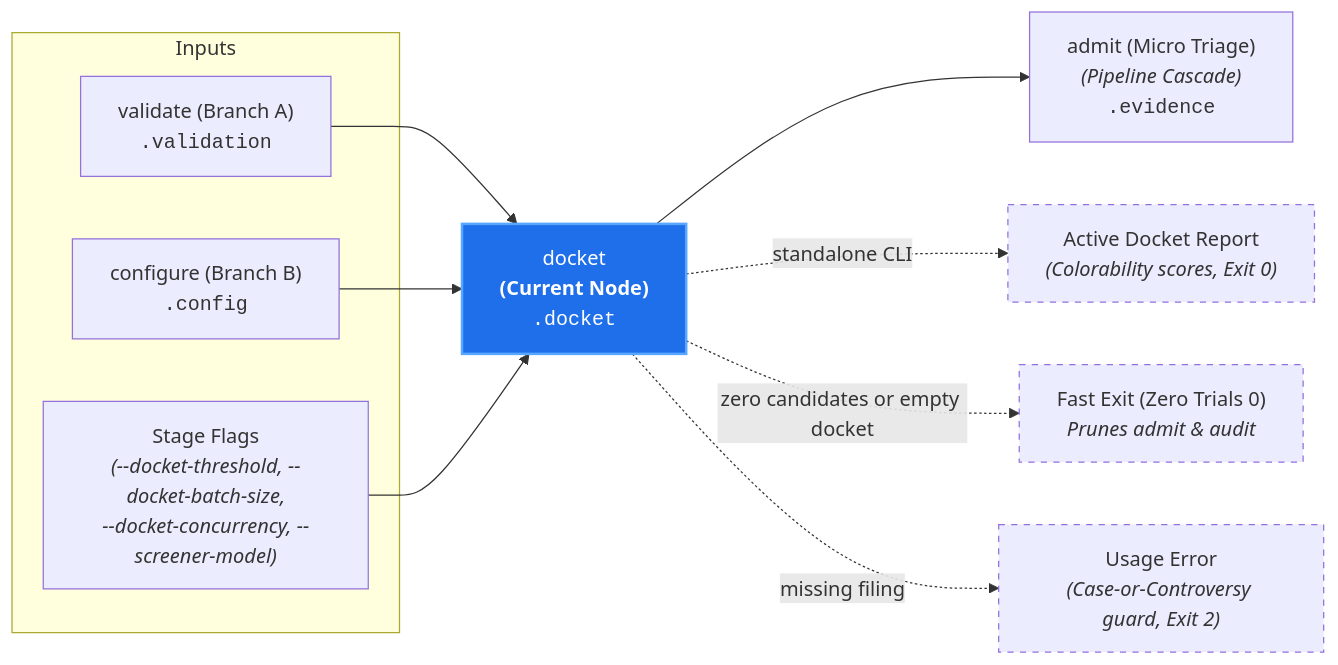
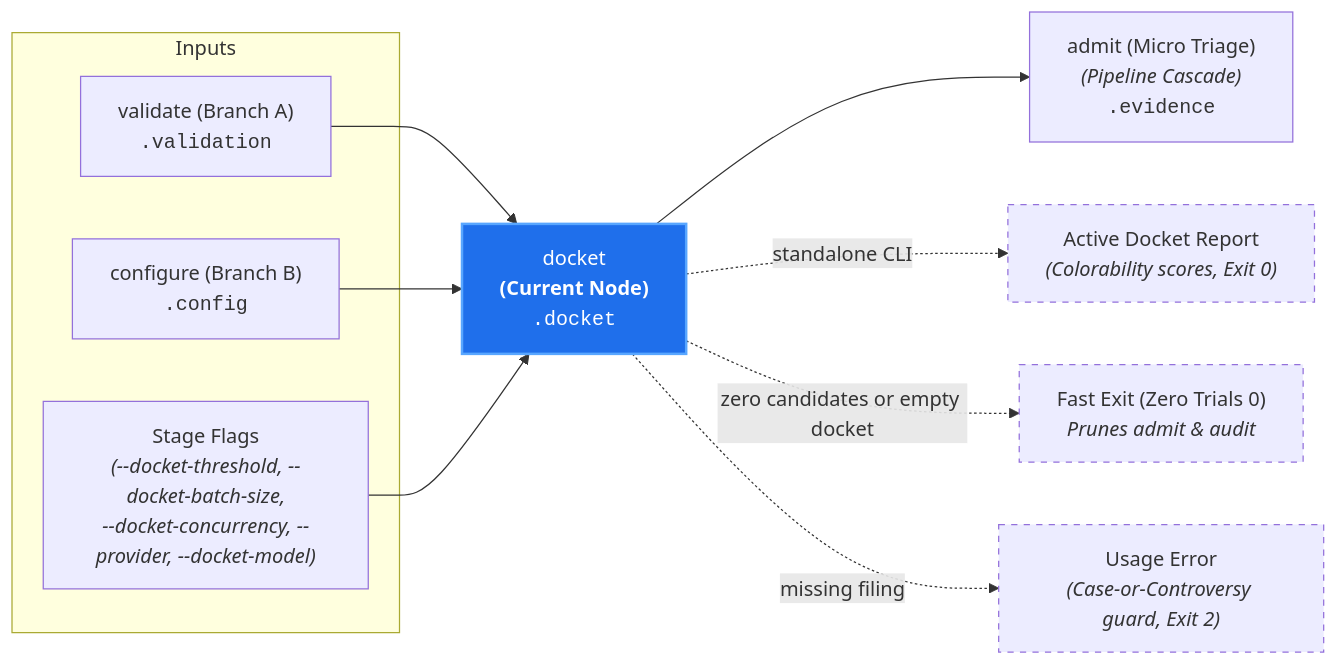
The diagram in docs/architecture/nodes/docket.md (PAIR-code/canon-clerk), drawn with Mermaid before and after one commit. The commit also changed other lines of this file and 82 other files, not shown here.

First line of the commit message:
feat(configuration,core,cli)!: replace screener/auditor tiers with provider- and node-cascaded model configuration (#336) (#337)

````diff
--- a/docs/architecture/nodes/docket.md
+++ b/docs/architecture/nodes/docket.md
@@ -22,22 +22,22 @@
 ```mermaid
 flowchart LR
     subgraph Inputs["Inputs"]
         Validate["validate (Branch A)<br/><code>.validation</code>"]
         Config["configure (Branch B)<br/><code>.config</code>"]
-        Params["Stage Flags<br/><i>(--docket-threshold, --docket-batch-size,<br/>--docket-concurrency, --screener-model)</i>"]
+        Params["Stage Flags<br/><i>(--docket-threshold, --docket-batch-size,<br/>--docket-concurrency, --provider, --docket-model)</i>"]
     end
 
     Validate --> Docket["docket<br/><b>(Current Node)</b><br/><code>.docket</code>"]
     Config --> Docket
     Params --> Docket
 
     Docket --> Admit["admit (Micro Triage)<br/><i>(Pipeline Cascade)</i><br/><code>.evidence</code>"]
     Docket -. "standalone CLI" .-> DocketReport["Active Docket Report<br/><i>(Colorability scores, Exit 0)</i>"]
     Docket -. "zero candidates or empty docket" .-> ZeroCases["Fast Exit (Zero Trials 0)<br/><i>Prunes admit & audit</i>"]
     Docket -. "missing filing" .-> UsageError["Usage Error<br/><i>(Case-or-Controversy guard, Exit 2)</i>"]
 
     style Docket fill:#1f6feb,stroke:#58a6ff,stroke-width:2px,color:#fff
     style DocketReport stroke-dasharray: 5 5
     style ZeroCases stroke-dasharray: 5 5
     style UsageError stroke-dasharray: 5 5
 ```
````
